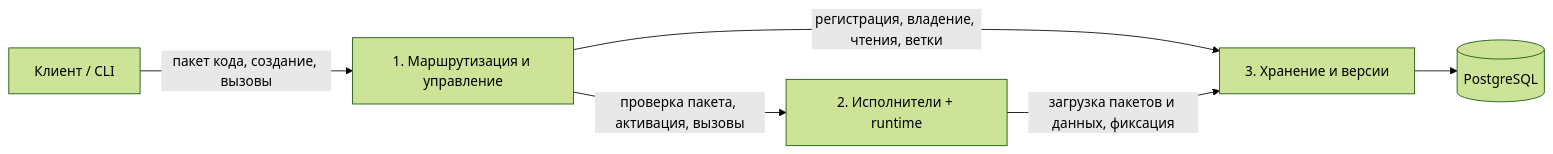
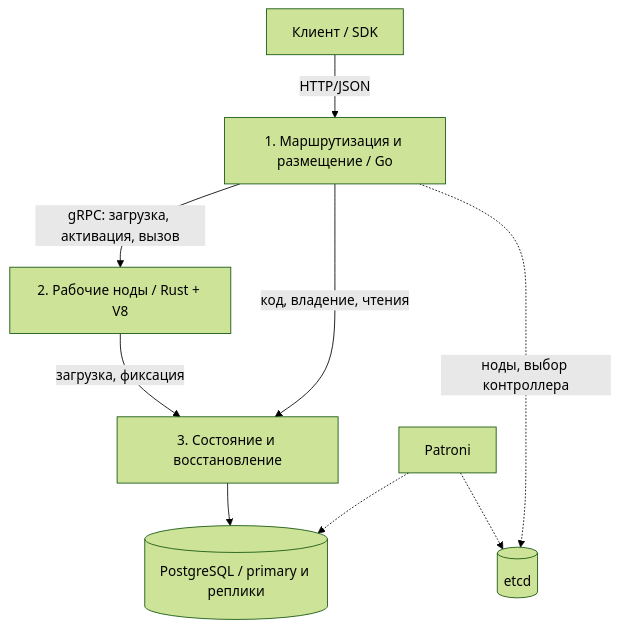
The diagram in docs/wiki/Architecture-MVP.md (duro-d/duro), drawn with Mermaid (forest theme) before and after one commit. The commit also changed other lines of this file and 53 other files, not shown here.

````diff
--- a/docs/wiki/Architecture-MVP.md
+++ b/docs/wiki/Architecture-MVP.md
@@ -9,8 +5,11 @@
 ```mermaid
-flowchart LR
-    C["Клиент / CLI"] -->|"пакет кода, создание, вызовы"| R["1. Маршрутизация и управление"]
-    R -->|"проверка пакета, активация, вызовы"| E["2. Исполнители + runtime"]
-    R -->|"регистрация, владение, чтения, ветки"| S["3. Хранение и версии"]
-    E -->|"загрузка пакетов и данных, фиксация"| S
-    S --> P[(PostgreSQL)]
+flowchart TD
+    C["Клиент / SDK"] -->|"HTTP/JSON"| R["1. Маршрутизация и размещение / Go"]
+    R -->|"gRPC: загрузка, активация, вызов"| W["2. Рабочие ноды / Rust + V8"]
+    R -->|"код, владение, чтения"| S["3. Состояние и восстановление"]
+    W -->|"загрузка, фиксация"| S
+    S --> P[("PostgreSQL / primary и реплики")]
+    R -.->|"ноды, выбор контроллера"| E[("etcd")]
+    H["Patroni"] -.-> P
+    H -.-> E
 ```
````
